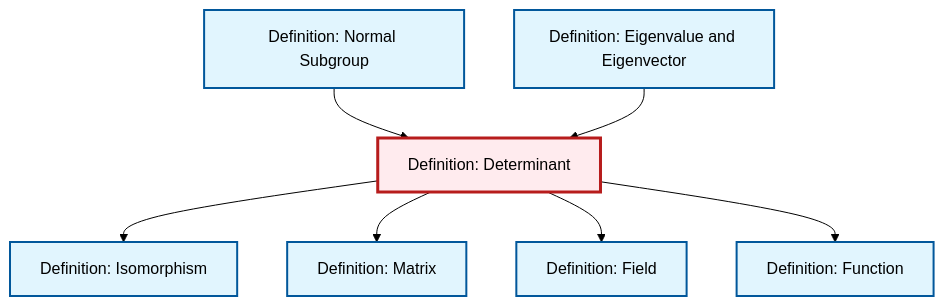
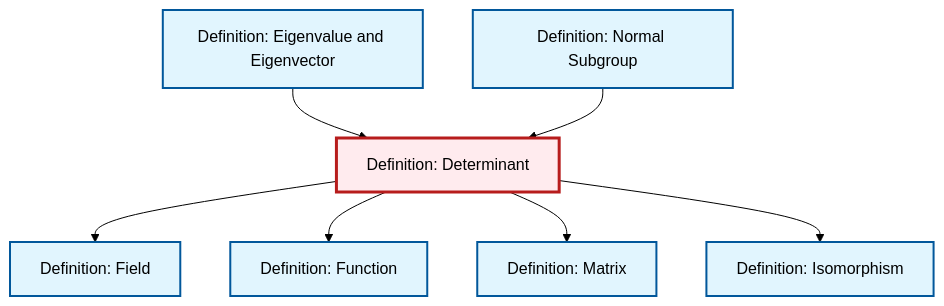
One commit to RK0429/ModernMath changed the diagram in content/en/algebra/def-determinant.qmd. Above: the diagram before and after it, drawn with Mermaid (forest theme). The commit also changed other lines of this file and 1012 other files, not shown here.

````diff
--- a/content/en/algebra/def-determinant.qmd
+++ b/content/en/algebra/def-determinant.qmd
@@ -81,29 +81,29 @@
 ```{mermaid}
 %%| fig-cap: "Local dependency graph"
 graph TD
     classDef definition fill:#e1f5fe,stroke:#01579b,stroke-width:2px
     classDef theorem fill:#f3e5f5,stroke:#4a148c,stroke-width:2px
     classDef axiom fill:#fff3e0,stroke:#e65100,stroke-width:2px
     classDef example fill:#e8f5e9,stroke:#1b5e20,stroke-width:2px
     classDef current fill:#ffebee,stroke:#b71c1c,stroke-width:3px
-    def-determinant["Definition: Determinant"]:::definition
-    def-function["Definition: Function"]:::definition
-    def-eigenvalue-eigenvector["Definition: Eigenvalue and Eigenvector"]:::definition
-    def-normal-subgroup["Definition: Normal Subgroup"]:::definition
     def-field["Definition: Field"]:::definition
     def-isomorphism["Definition: Isomorphism"]:::definition
+    def-eigenvalue-eigenvector["Definition: Eigenvalue and Eigenvector"]:::definition
     def-matrix["Definition: Matrix"]:::definition
-    def-determinant --> def-isomorphism
-    def-determinant --> def-matrix
-    def-normal-subgroup --> def-determinant
+    def-normal-subgroup["Definition: Normal Subgroup"]:::definition
+    def-function["Definition: Function"]:::definition
+    def-determinant["Definition: Determinant"]:::definition
+    def-eigenvalue-eigenvector --> def-determinant
     def-determinant --> def-field
     def-determinant --> def-function
-    def-eigenvalue-eigenvector --> def-determinant
+    def-normal-subgroup --> def-determinant
+    def-determinant --> def-matrix
+    def-determinant --> def-isomorphism
     class def-determinant current
-    click def-function "def-function.html" "Go to Function definition"
-    click def-eigenvalue-eigenvector "def-eigenvalue-eigenvector.html" "Go to Eigenvalue and Eigenvector definition"
-    click def-normal-subgroup "def-normal-subgroup.html" "Go to Normal Subgroup definition"
     click def-field "def-field.html" "Go to Field definition"
     click def-isomorphism "def-isomorphism.html" "Go to Isomorphism definition"
+    click def-eigenvalue-eigenvector "def-eigenvalue-eigenvector.html" "Go to Eigenvalue and Eigenvector definition"
     click def-matrix "def-matrix.html" "Go to Matrix definition"
+    click def-normal-subgroup "def-normal-subgroup.html" "Go to Normal Subgroup definition"
+    click def-function "def-function.html" "Go to Function definition"
 ```
````
